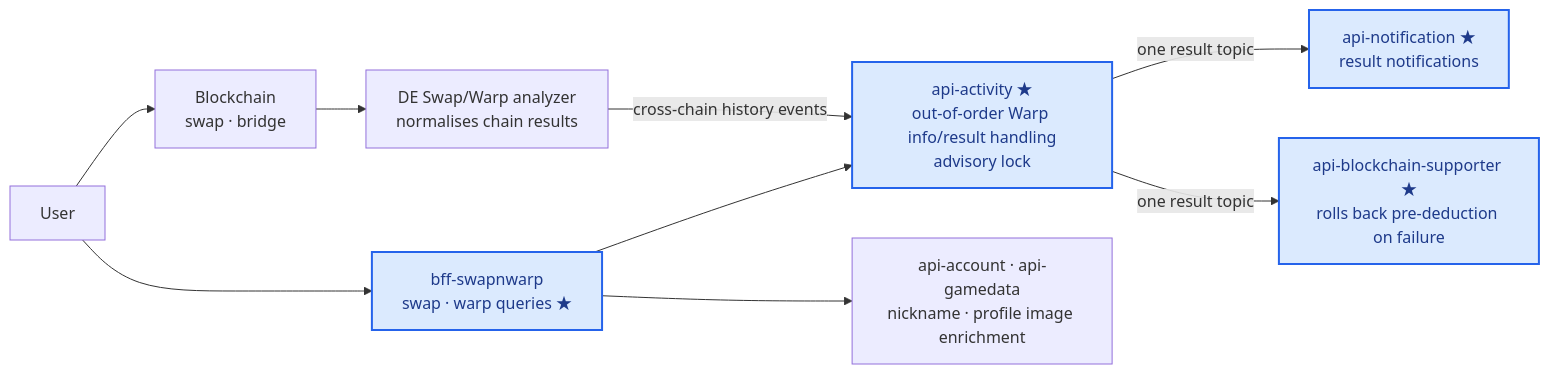
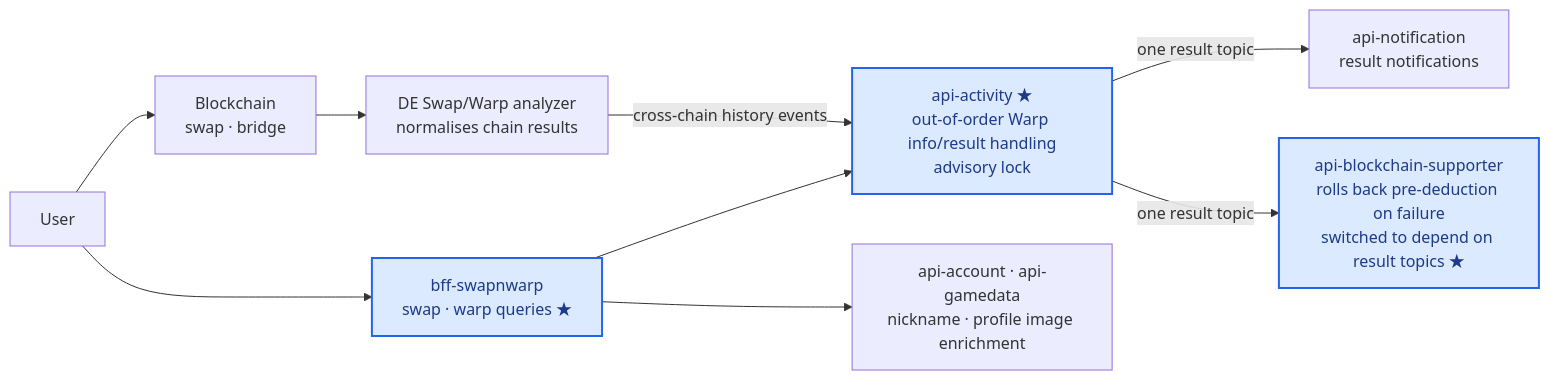
Before and after one commit to shalwxy/career: the diagram in content/diagrams/swapwarp.en.mmd, drawn with Mermaid. The commit also changed 18 other files, not shown here.

```diff
--- a/content/diagrams/swapwarp.en.mmd
+++ b/content/diagrams/swapwarp.en.mmd
@@ -1,12 +1,12 @@
 %% title: Swap & Warp — cross-chain transfer history
 flowchart LR
     U[User] --> SW[bff-swapnwarp<br/>swap · warp queries ★]
     U --> BC[Blockchain<br/>swap · bridge]
     BC --> DEA[DE Swap/Warp analyzer<br/>normalises chain results]
     DEA -- cross-chain history events --> ACT[api-activity ★<br/>out-of-order Warp info/result handling<br/>advisory lock]
-    ACT -- one result topic --> NT[api-notification ★<br/>result notifications]
-    ACT -- one result topic --> BCS[api-blockchain-supporter ★<br/>rolls back pre-deduction on failure]
+    ACT -- one result topic --> NT[api-notification<br/>result notifications]
+    ACT -- one result topic --> BCS[api-blockchain-supporter<br/>rolls back pre-deduction on failure<br/>switched to depend on result topics ★]
     SW --> ACT
     SW --> GD[api-account · api-gamedata<br/>nickname · profile image enrichment]
     classDef mine fill:#dbeafe,stroke:#2563eb,stroke-width:2px,color:#1e3a8a
-    class SW,ACT,NT,BCS mine
+    class SW,ACT,BCS mine
```
